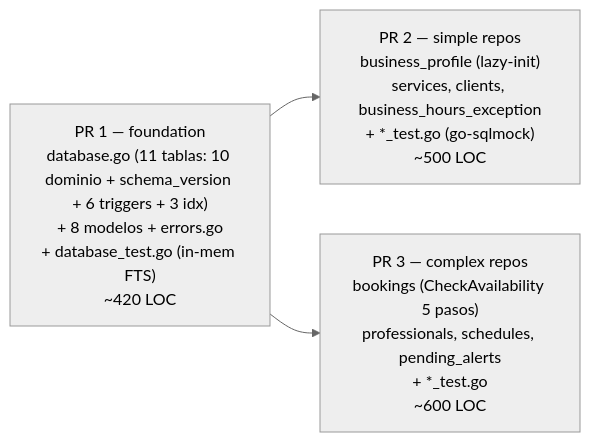
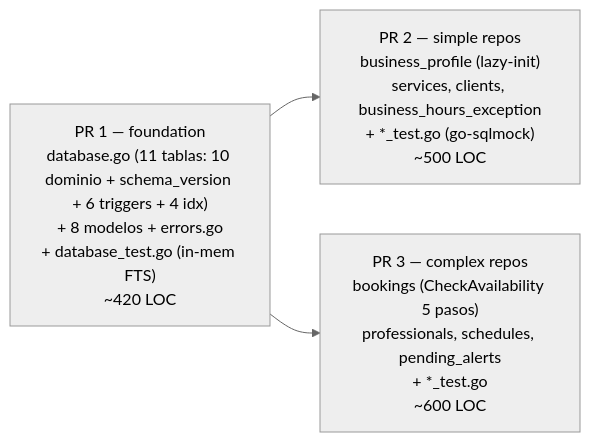
The second of 4 diagrams in openspec/changes/feat-db-layer/design.md (egkike/mcp-appointments-crm), drawn with Mermaid (neutral theme) before and after one commit. The commit also changed other lines of this file and 8 other files, not shown here.

````diff
--- a/openspec/changes/feat-db-layer/design.md
+++ b/openspec/changes/feat-db-layer/design.md
@@ -37,9 +37,9 @@
 ```mermaid
 flowchart LR
-    PR1["PR 1 — foundation<br/>database.go (11 tablas: 10 dominio + schema_version + 6 triggers + 3 idx)<br/>+ 8 modelos + errors.go<br/>+ database_test.go (in-mem FTS)<br/>~420 LOC"]
+    PR1["PR 1 — foundation<br/>database.go (11 tablas: 10 dominio + schema_version + 6 triggers + 4 idx)<br/>+ 8 modelos + errors.go<br/>+ database_test.go (in-mem FTS)<br/>~420 LOC"]
     PR2["PR 2 — simple repos<br/>business_profile (lazy-init)<br/>services, clients, business_hours_exception<br/>+ *_test.go (go-sqlmock)<br/>~500 LOC"]
     PR3["PR 3 — complex repos<br/>bookings (CheckAvailability 5 pasos)<br/>professionals, schedules, pending_alerts<br/>+ *_test.go<br/>~600 LOC"]
 
     PR1 --> PR2
     PR1 --> PR3
 ```
````
